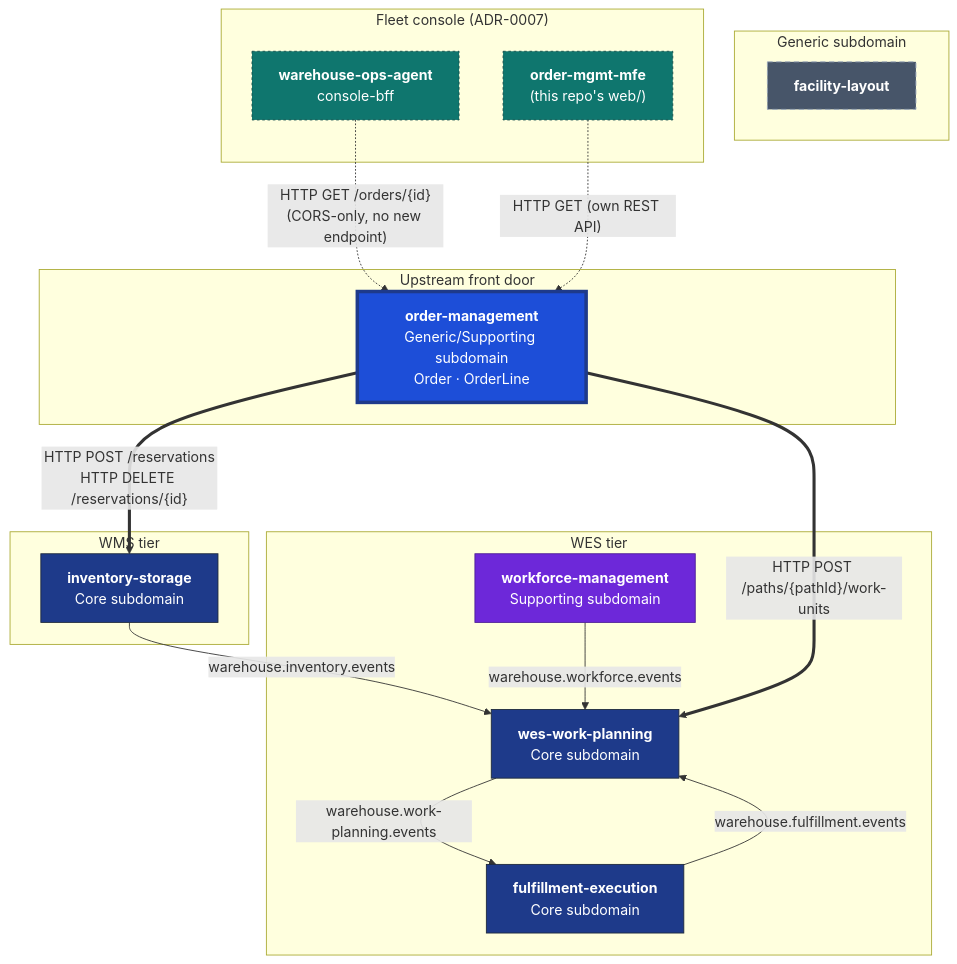
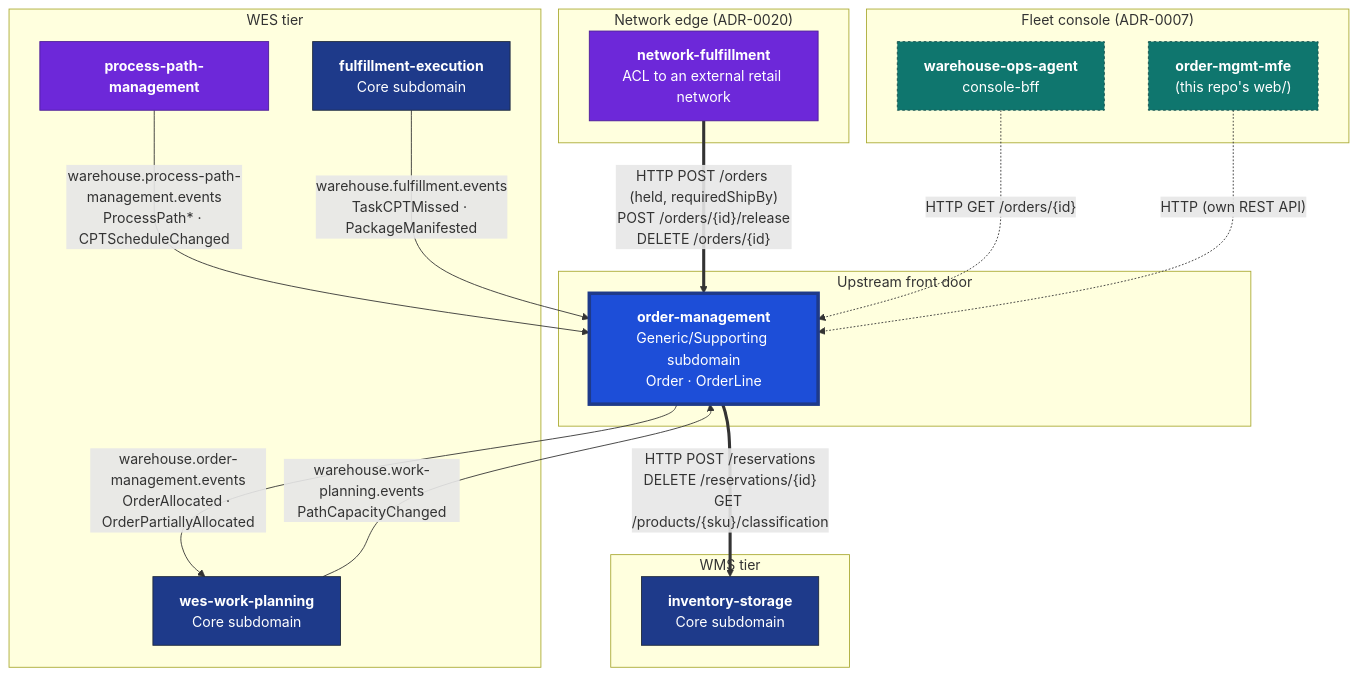
One commit to claudioed/order-management changed the diagram in docs/docs/ecosystem/context-map.md. Above: the diagram before and after it, drawn with Mermaid. The commit also changed other lines of this file and 40 other files, not shown here.

````diff
--- a/docs/docs/ecosystem/context-map.md
+++ b/docs/docs/ecosystem/context-map.md
@@ -16,41 +18,39 @@
 ```mermaid
 flowchart TB
+    subgraph EXT["Network edge (ADR-0020)"]
+        NF["<b>network-fulfillment</b><br/>ACL to an external retail network"]
+    end
     subgraph NEW["Upstream front door"]
         OM["<b>order-management</b><br/>Generic/Supporting subdomain<br/>Order · OrderLine"]
     end
     subgraph WMS["WMS tier"]
         INV["<b>inventory-storage</b><br/>Core subdomain"]
     end
     subgraph WES["WES tier"]
+        PPM["<b>process-path-management</b>"]
         WP["<b>wes-work-planning</b><br/>Core subdomain"]
         FE["<b>fulfillment-execution</b><br/>Core subdomain"]
-        WM["<b>workforce-management</b><br/>Supporting subdomain"]
-    end
-    subgraph GENERIC["Generic subdomain"]
-        FL["<b>facility-layout</b>"]
     end
     subgraph CONSOLE["Fleet console (ADR-0007)"]
         BFF["<b>warehouse-ops-agent</b><br/>console-bff"]
         MFE["<b>order-mgmt-mfe</b><br/>(this repo's web/)"]
     end
 
-    OM ==>|"HTTP POST /reservations<br/>HTTP DELETE /reservations/{id}"| INV
-    OM ==>|"HTTP POST /paths/{pathId}/work-units"| WP
-    INV -->|"warehouse.inventory.events"| WP
-    WM -->|"warehouse.workforce.events"| WP
-    WP -->|"warehouse.work-planning.events"| FE
-    FE -->|"warehouse.fulfillment.events"| WP
-    BFF -.->|"HTTP GET /orders/{id}<br/>(CORS-only, no new endpoint)"| OM
-    MFE -.->|"HTTP GET (own REST API)"| OM
+    NF ==>|"HTTP POST /orders (held, requiredShipBy)<br/>POST /orders/{id}/release<br/>DELETE /orders/{id}"| OM
+    OM ==>|"HTTP POST /reservations<br/>DELETE /reservations/{id}<br/>GET /products/{sku}/classification"| INV
+    OM -->|"warehouse.order-management.events<br/>OrderAllocated · OrderPartiallyAllocated"| WP
+    PPM -->|"warehouse.process-path-management.events<br/>ProcessPath* · CPTScheduleChanged"| OM
+    WP -->|"warehouse.work-planning.events<br/>PathCapacityChanged"| OM
+    FE -->|"warehouse.fulfillment.events<br/>TaskCPTMissed · PackageManifested"| OM
+    BFF -.->|"HTTP GET /orders/{id}"| OM
+    MFE -.->|"HTTP (own REST API)"| OM
 
     classDef this fill:#1d4ed8,stroke:#1e3a8a,color:#fff,stroke-width:4px;
     classDef core fill:#1e3a8a,stroke:#1e293b,color:#fff;
     classDef supp fill:#6d28d9,stroke:#4c1d95,color:#fff;
-    classDef gen fill:#475569,stroke:#94a3b8,color:#fff,stroke-dasharray: 6 4;
     classDef console fill:#0f766e,stroke:#134e4a,color:#fff,stroke-dasharray: 3 3;
     class OM this;
     class INV,WP,FE core;
-    class WM supp;
-    class FL gen;
+    class PPM,NF supp;
     class BFF,MFE console;
 ```
````
